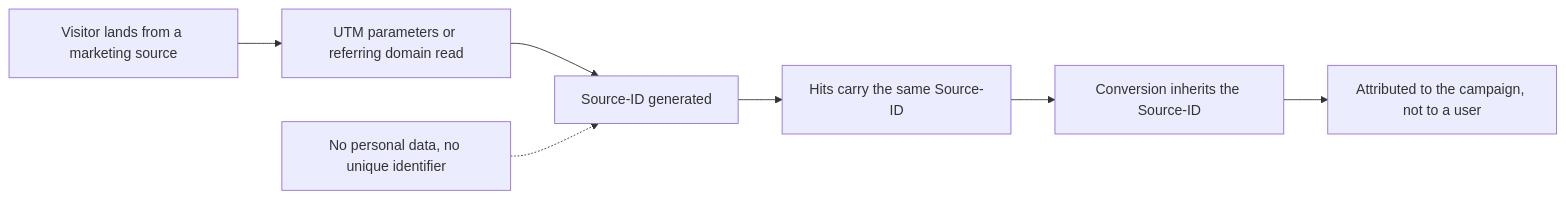
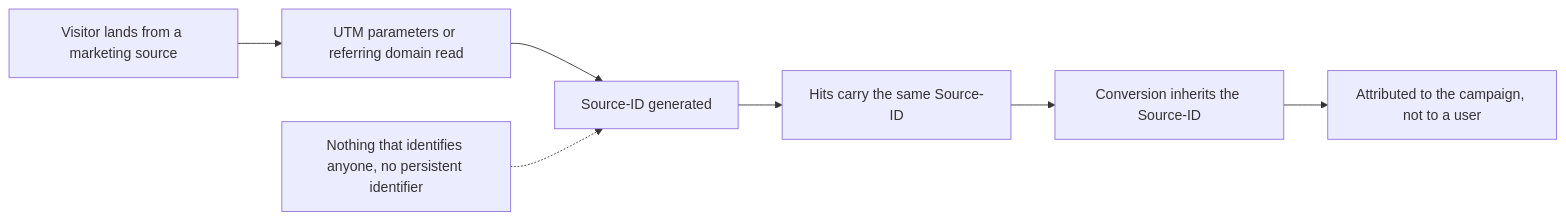
Before and after one commit to sealmetrics/docs: the diagram in docs/security-privacy/attribution-without-userid.mdx, drawn with Mermaid. The commit also changed other lines of this file and 220 other files, not shown here.

````diff
--- a/docs/security-privacy/attribution-without-userid.mdx
+++ b/docs/security-privacy/attribution-without-userid.mdx
@@ -75,9 +75,9 @@
 ```mermaid
 flowchart LR
     A["Visitor lands from a marketing source"] --> B["UTM parameters or referring domain read"]
     B --> C["Source-ID generated"]
     C --> D["Hits carry the same Source-ID"]
     D --> E["Conversion inherits the Source-ID"]
     E --> F["Attributed to the campaign, not to a user"]
-    G["No personal data, no unique identifier"] -.-> C
+    G["Nothing that identifies anyone, no persistent identifier"] -.-> C
 ```
````
